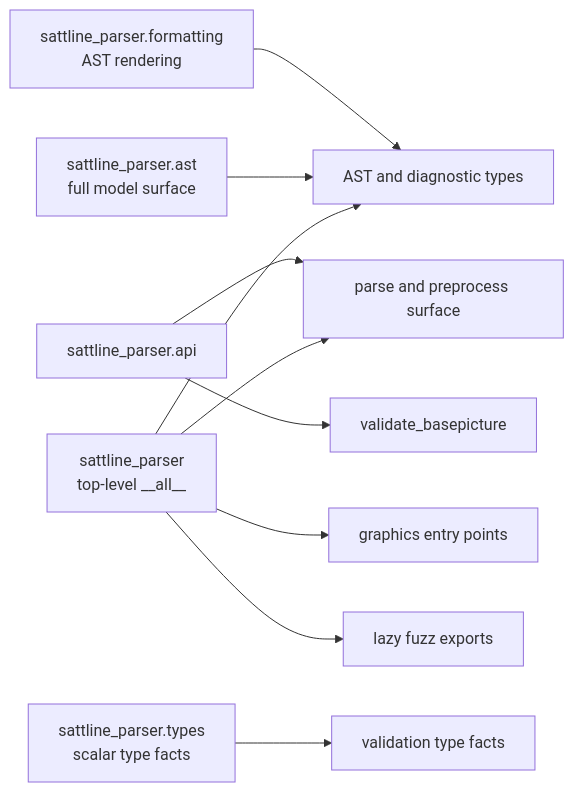
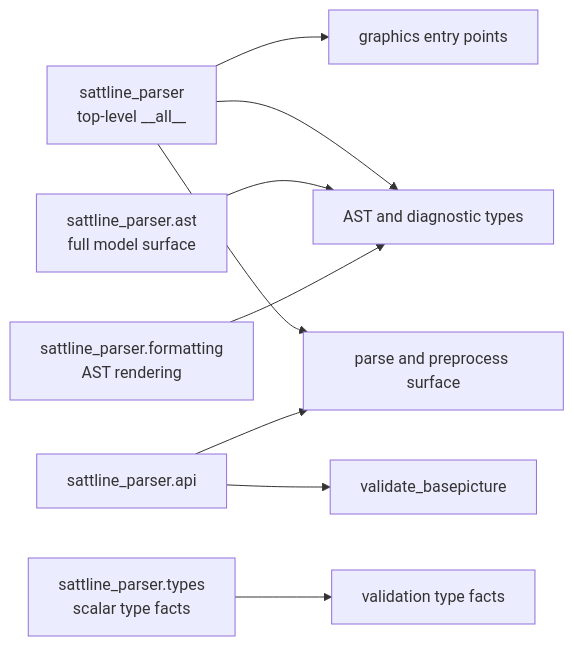
One commit to SorenHJohansen/sattline-parser changed the diagram in docs/api.md. Above: the diagram before and after it, drawn with Mermaid. The commit also changed other lines of this file and 33 other files, not shown here.

````diff
--- a/docs/api.md
+++ b/docs/api.md
@@ -14,12 +14,11 @@
 ```mermaid
 flowchart LR
     TOP["sattline_parser<br/>top-level __all__"] --> CORE["parse and preprocess surface"]
     TOP --> ASTTYPES["AST and diagnostic types"]
     TOP --> GRAPH["graphics entry points"]
-    TOP --> FUZZ["lazy fuzz exports"]
     AST["sattline_parser.ast<br/>full model surface"] --> ASTTYPES
     FAÇADE["sattline_parser.api"] --> CORE
     FAÇADE --> VALID["validate_basepicture"]
     FACTS["sattline_parser.types<br/>scalar type facts"] --> VALIDATION["validation type facts"]
     FORMAT["sattline_parser.formatting<br/>AST rendering"] --> ASTTYPES
 ```
````
